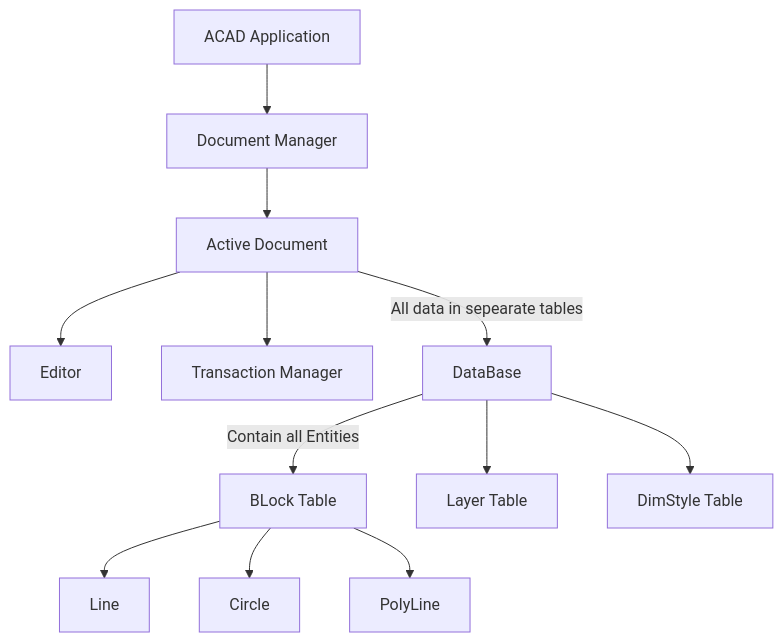
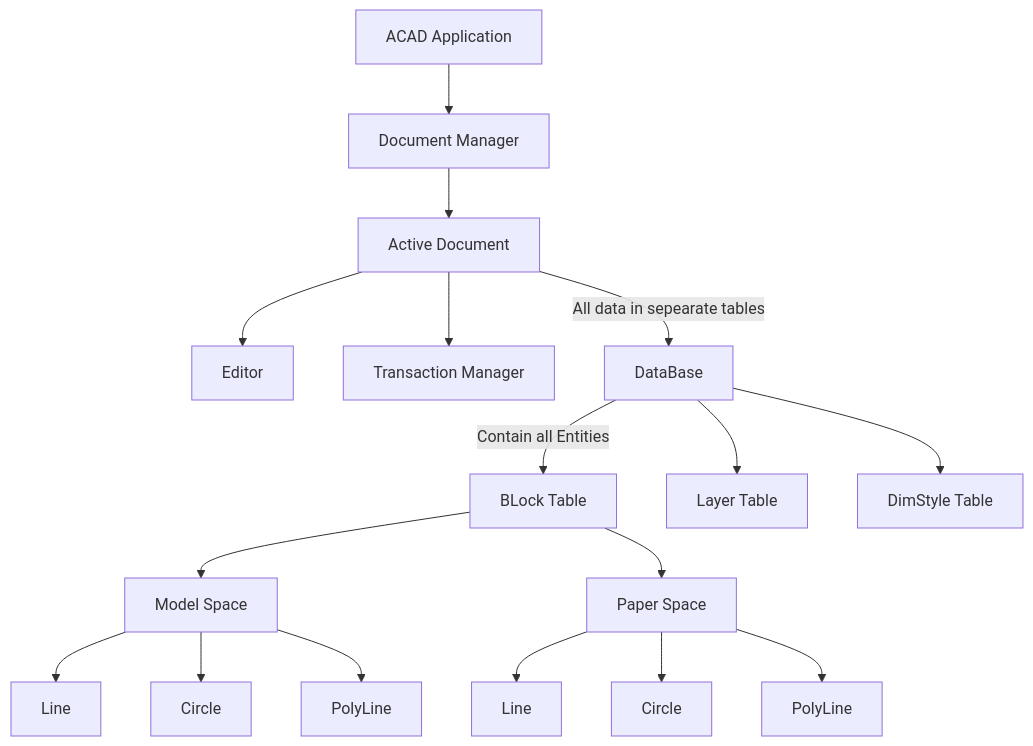
One commit to NodesAutomations/CSharp changed the first of 4 diagrams in Autocad/Doc/AutoCAD Object Model.md. Above: the diagram before and after it, drawn with Mermaid.

Commit message:
Update AutoCAD Object Model.md

````diff
--- a/Autocad/Doc/AutoCAD Object Model.md
+++ b/Autocad/Doc/AutoCAD Object Model.md
@@ -2,14 +2,19 @@
 ```mermaid
 graph TD
 A[ACAD Application]-->B[Document Manager]
 B-->C[Active Document]
 C-->E[Editor]
 C-->C3[Transaction Manager]
 C-->|All data in sepearate tables|D[DataBase]
 D-->|Contain all Entities|F[BLock Table]
 D-->G[Layer Table]
 D-->H[DimStyle Table]
-F-->F1[Line]
-F-->F2[Circle]
-F-->F3[PolyLine]
+F-->F1[Model Space]
+F-->F2[Paper Space]
+F1-->F11[Line]
+F1-->F12[Circle]
+F1-->F13[PolyLine]
+F2-->F21[Line]
+F2-->F22[Circle]
+F2-->F23[PolyLine]
 ```
````
